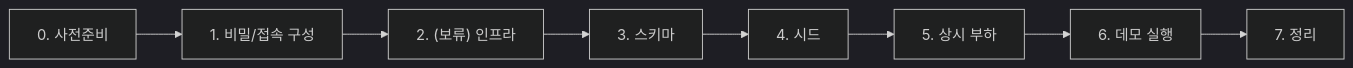
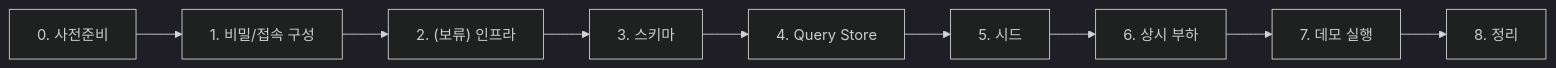
The diagram in docs/runbook.md (DalBamS/azure-mi-ai-dba-demo), drawn with Mermaid (dark theme) before and after one commit. The commit also changed other lines of this file and 3 other files, not shown here.

````diff
--- a/docs/runbook.md
+++ b/docs/runbook.md
@@ -11,4 +11,4 @@
 ```mermaid
 flowchart LR
-    A["0. 사전준비"] --> B["1. 비밀/접속 구성"] --> C["2. (보류) 인프라"] --> D["3. 스키마"] --> E["4. 시드"] --> F["5. 상시 부하"] --> G["6. 데모 실행"] --> H["7. 정리"]
+    A["0. 사전준비"] --> B["1. 비밀/접속 구성"] --> C["2. (보류) 인프라"] --> D["3. 스키마"] --> E["4. Query Store"] --> F["5. 시드"] --> G["6. 상시 부하"] --> H["7. 데모 실행"] --> I["8. 정리"]
 ```
````
